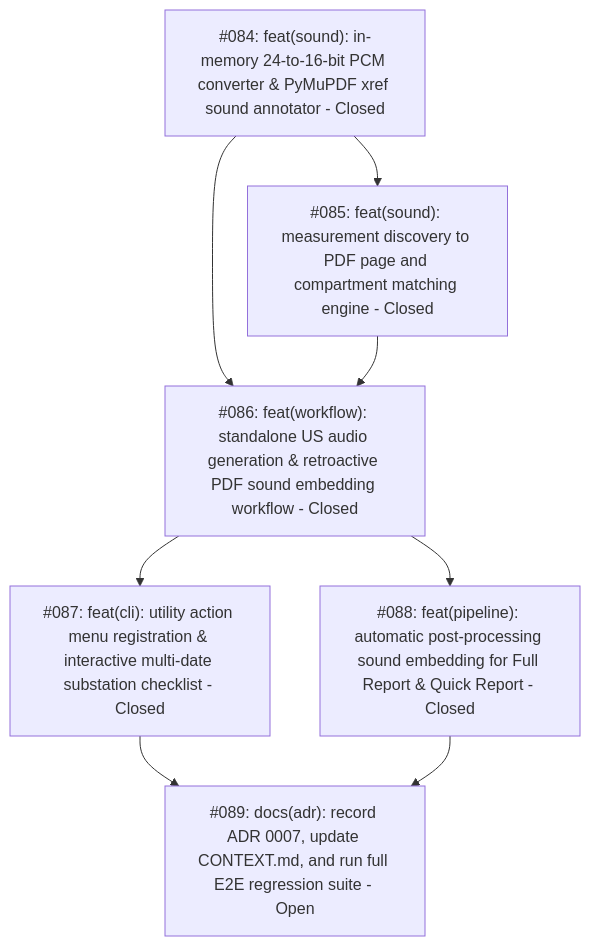
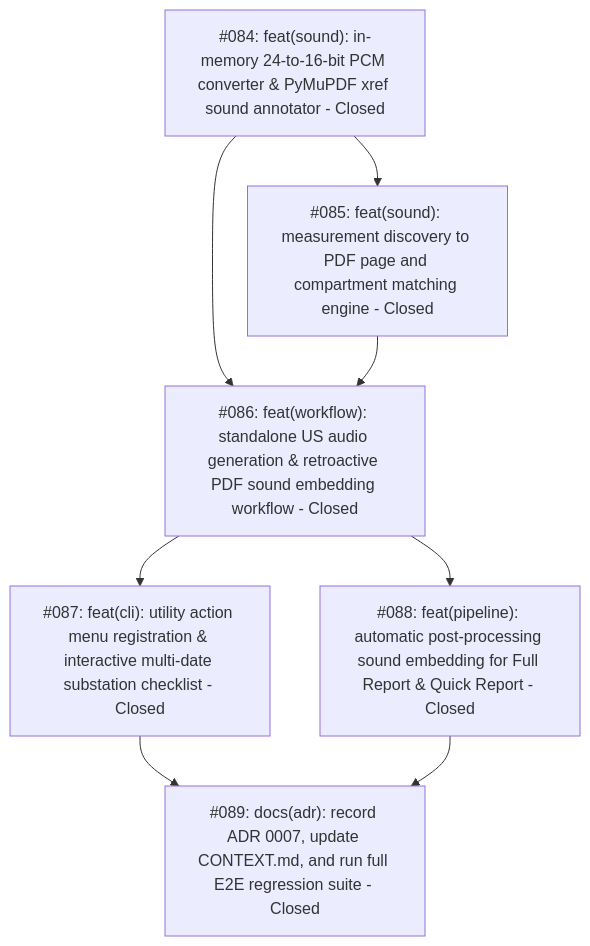
Before and after one commit to adamlarGit/pahang-cli: the diagram in .wayfinder/embed-ultrasound-audio-in-reports/map.md, drawn with Mermaid. The commit also changed other lines of this file and 4 other files, not shown here.

Commit message:
docs(adr): record ADR 0007, update CONTEXT.md, and close ticket #89

````diff
--- a/.wayfinder/embed-ultrasound-audio-in-reports/map.md
+++ b/.wayfinder/embed-ultrasound-audio-in-reports/map.md
@@ -77,17 +77,17 @@
 ```mermaid
 graph TD
     T084["#084: feat(sound): in-memory 24-to-16-bit PCM converter & PyMuPDF xref sound annotator - Closed"]
     T085["#085: feat(sound): measurement discovery to PDF page and compartment matching engine - Closed"]
     T086["#086: feat(workflow): standalone US audio generation & retroactive PDF sound embedding workflow - Closed"]
     T087["#087: feat(cli): utility action menu registration & interactive multi-date substation checklist - Closed"]
     T088["#088: feat(pipeline): automatic post-processing sound embedding for Full Report & Quick Report - Closed"]
-    T089["#089: docs(adr): record ADR 0007, update CONTEXT.md, and run full E2E regression suite - Open"]
+    T089["#089: docs(adr): record ADR 0007, update CONTEXT.md, and run full E2E regression suite - Closed"]
 
     T084 --> T085
     T084 --> T086
     T085 --> T086
     T086 --> T087
     T086 --> T088
     T087 --> T089
     T088 --> T089
 ```
````
